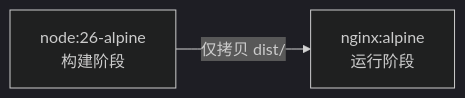
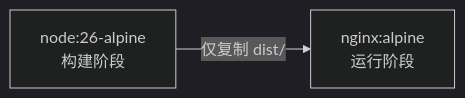
The diagram in docs/guide/deploy/docker/README.md (LyraVoid/Shirone-Docs), drawn with Mermaid (dark theme) before and after one commit. The commit also changed other lines of this file and 17 other files, not shown here.

````diff
--- a/docs/guide/deploy/docker/README.md
+++ b/docs/guide/deploy/docker/README.md
@@ -13,4 +15,4 @@
 ```mermaid
 flowchart LR
-    A["node:26-alpine<br/>构建阶段"] -->|仅拷贝 dist/| B["nginx:alpine<br/>运行阶段"]
+    A["node:26-alpine<br/>构建阶段"] -->|仅复制 dist/| B["nginx:alpine<br/>运行阶段"]
 ```
````
